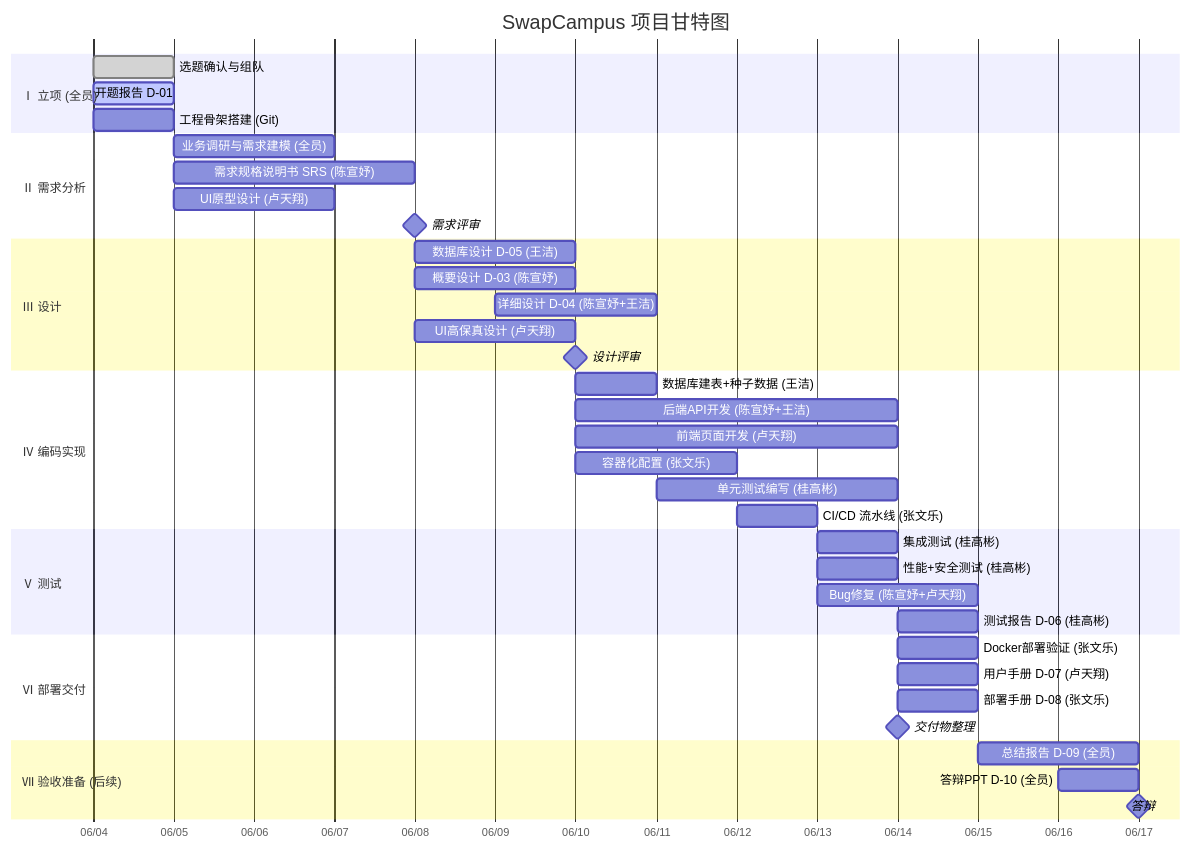
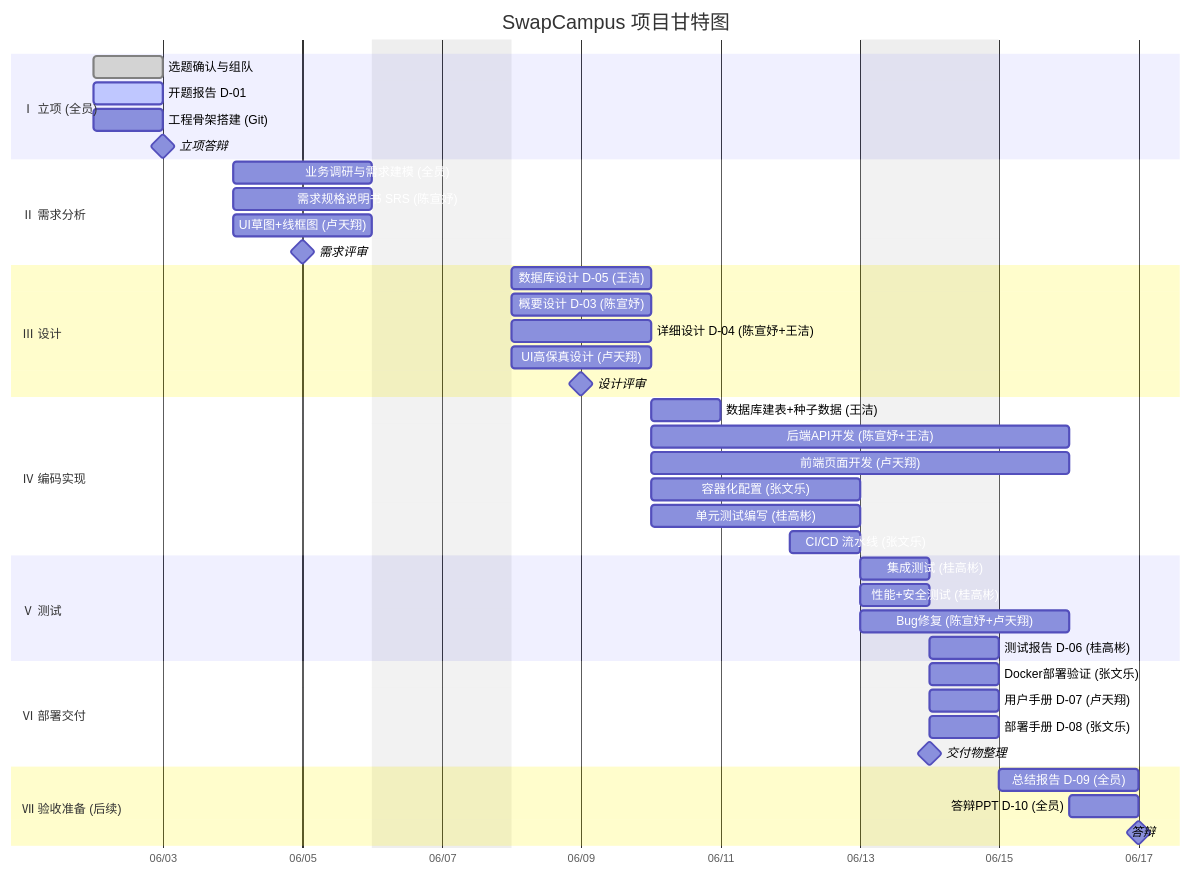
The diagram in docs/项目计划_甘特图与关键路径.md (zwl-crayfish/SwapCampus), drawn with Mermaid before and after one commit. The commit also changed other lines of this file, not shown here.

````diff
--- a/docs/项目计划_甘特图与关键路径.md
+++ b/docs/项目计划_甘特图与关键路径.md
@@ -21,49 +21,51 @@
 ```mermaid
 gantt
     title SwapCampus 项目甘特图
     dateFormat  YYYY-MM-DD
     axisFormat  %m/%d
+    excludes    weekends
 
     section Ⅰ 立项 (全员)
-    选题确认与组队           :done,    d1, 2026-06-04, 1d
-    开题报告 D-01            :active,  d1r, 2026-06-04, 1d
-    工程骨架搭建 (Git)       :         d1g, 2026-06-04, 1d
+    选题确认与组队           :done,    d1, 2026-06-02, 1d
+    开题报告 D-01            :active,  d1r, 2026-06-02, 1d
+    工程骨架搭建 (Git)       :         d1g, 2026-06-02, 1d
+    立项答辩                 :milestone, m0, 2026-06-03, 0d
 
     section Ⅱ 需求分析
-    业务调研与需求建模 (全员)  :        req1, 2026-06-05, 2d
-    需求规格说明书 SRS (陈宣妤) :       d02, 2026-06-05, 3d
-    UI原型设计 (卢天翔)       :         ui1, 2026-06-05, 2d
-    需求评审                  :milestone, m1, 2026-06-08, 0d
+    业务调研与需求建模 (全员)  :        req1, 2026-06-04, 2d
+    需求规格说明书 SRS (陈宣妤) :       d02, 2026-06-04, 2d
+    UI草图+线框图 (卢天翔)    :         ui1, 2026-06-04, 2d
+    需求评审                  :milestone, m1, 2026-06-05, 0d
 
     section Ⅲ 设计
     数据库设计 D-05 (王洁)     :        d05, 2026-06-08, 2d
     概要设计 D-03 (陈宣妤)    :        d03, 2026-06-08, 2d
-    详细设计 D-04 (陈宣妤+王洁):        d04, 2026-06-09, 2d
+    详细设计 D-04 (陈宣妤+王洁):        d04, 2026-06-08, 2d
     UI高保真设计 (卢天翔)     :        ui2, 2026-06-08, 2d
-    设计评审                  :milestone, m2, 2026-06-10, 0d
+    设计评审                  :milestone, m2, 2026-06-09, 0d
 
     section Ⅳ 编码实现
     数据库建表+种子数据 (王洁)  :       dev0, 2026-06-10, 1d
     后端API开发 (陈宣妤+王洁)   :       dev1, 2026-06-10, 4d
     前端页面开发 (卢天翔)       :       dev2, 2026-06-10, 4d
-    容器化配置 (张文乐)         :       dev3, 2026-06-10, 2d
-    单元测试编写 (桂高彬)       :       dev4, 2026-06-11, 3d
+    容器化配置 (张文乐)         :       dev3, 2026-06-10, 3d
+    单元测试编写 (桂高彬)       :       dev4, 2026-06-10, 3d
     CI/CD 流水线 (张文乐)       :       dev5, 2026-06-12, 1d
 
     section Ⅴ 测试
     集成测试 (桂高彬)          :        test1, 2026-06-13, 1d
     性能+安全测试 (桂高彬)     :        test2, 2026-06-13, 1d
     Bug修复 (陈宣妤+卢天翔)   :        fix, 2026-06-13, 2d
     测试报告 D-06 (桂高彬)     :        d06, 2026-06-14, 1d
 
     section Ⅵ 部署交付
     Docker部署验证 (张文乐)    :        dep1, 2026-06-14, 1d
     用户手册 D-07 (卢天翔)     :        d07, 2026-06-14, 1d
     部署手册 D-08 (张文乐)     :        d08, 2026-06-14, 1d
     交付物整理                  :milestone, m3, 2026-06-14, 0d
 
     section Ⅶ 验收准备 (后续)
     总结报告 D-09 (全员)       :        d09, 2026-06-15, 2d
     答辩PPT D-10 (全员)        :        d10, 2026-06-16, 1d
     答辩                       :milestone, m4, 2026-06-17, 0d
 ```
````
